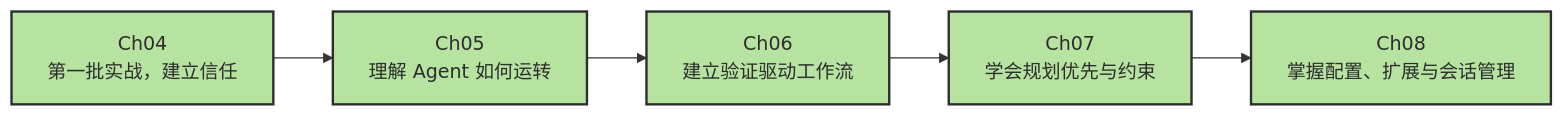
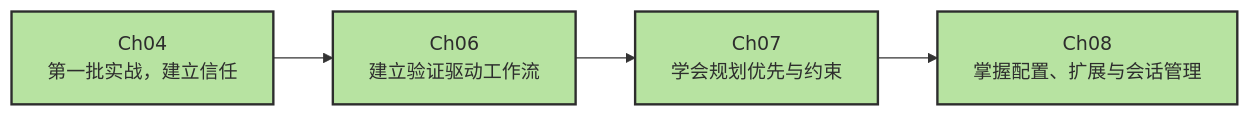
One commit to zht043/AgenticCodingTutorial changed the sixth of 6 diagrams in docs/chapters/ch08-config-session.md. Above: the diagram before and after it, drawn with Mermaid. The commit also changed other lines of this file and 26 other files, not shown here.

````diff
--- a/docs/chapters/ch08-config-session.md
+++ b/docs/chapters/ch08-config-session.md
@@ -646,12 +655,11 @@
 ```mermaid
 flowchart LR
     classDef done fill:#b7e3a1,stroke:#2d2d2d,stroke-width:2px,color:#2d2d2d
 
     C4["Ch04<br/>第一批实战，建立信任"]:::done
-    C5["Ch05<br/>理解 Agent 如何运转"]:::done
     C6["Ch06<br/>建立验证驱动工作流"]:::done
     C7["Ch07<br/>学会规划优先与约束"]:::done
     C8["Ch08<br/>掌握配置、扩展与会话管理"]:::done
 
-    C4 --> C5 --> C6 --> C7 --> C8
+    C4 --> C6 --> C7 --> C8
 ```
````
